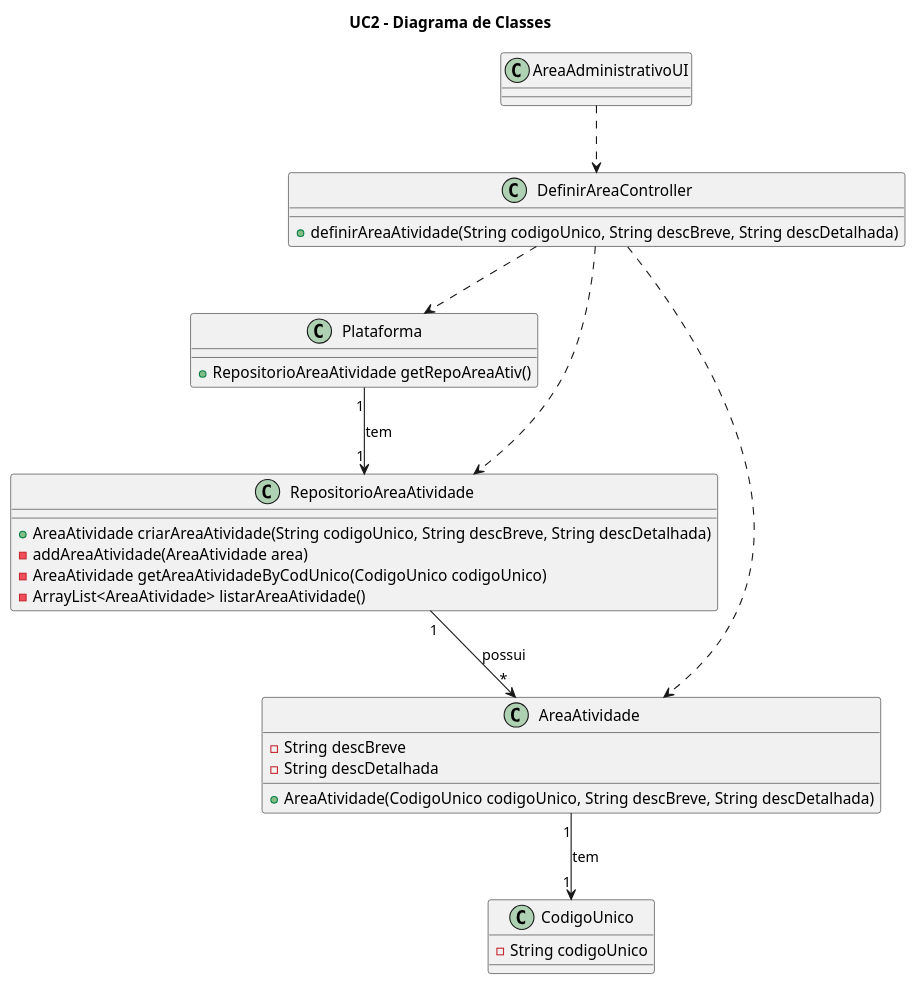
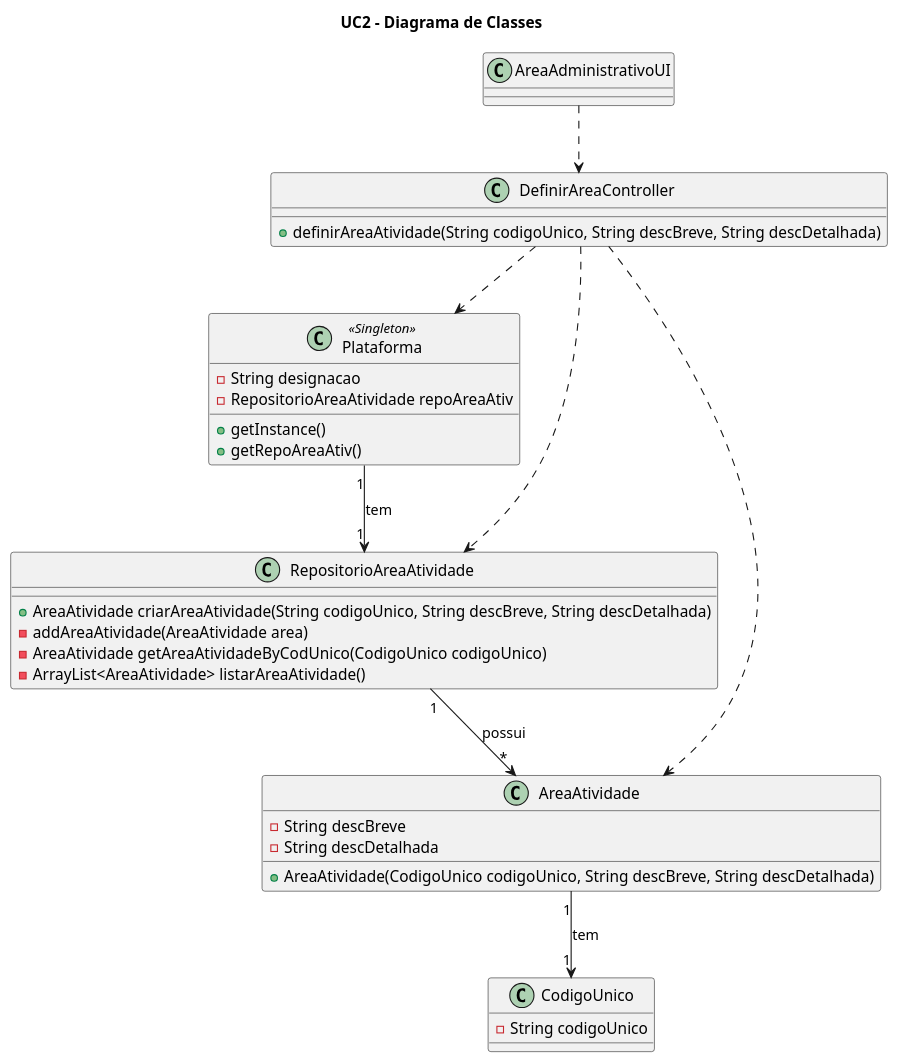
Before and after one commit to pedro-miguez/upskill_java1_labprg_grupo3: the diagram in Sprint 2/UC2_Definir_Área_de_Actividade/UC2_Versao_Final/UC2_DC.plantuml, drawn with PlantUML. The commit also changed 14 other files, not shown here.

```diff
--- a/Sprint 2/UC2_Definir_Área_de_Actividade/UC2_Versao_Final/UC2_DC.plantuml
+++ b/Sprint 2/UC2_Definir_Área_de_Actividade/UC2_Versao_Final/UC2_DC.plantuml
@@ -1,41 +1,44 @@
 @startuml_mc_uc2
 
 title UC2 - Diagrama de Classes
 
 class AreaAdministrativoUI{
 
 }
 
 class DefinirAreaController{
     +definirAreaAtividade(String codigoUnico, String descBreve, String descDetalhada)
 }
 
-class Plataforma{
-    +RepositorioAreaAtividade getRepoAreaAtiv()
+Class Plataforma <<Singleton>> {
+    -String designacao
+    -RepositorioAreaAtividade repoAreaAtiv
+    +getInstance()
+    +getRepoAreaAtiv()
 }
 
 class RepositorioAreaAtividade{
     +AreaAtividade criarAreaAtividade(String codigoUnico, String descBreve, String descDetalhada)
     -addAreaAtividade(AreaAtividade area)
     -AreaAtividade getAreaAtividadeByCodUnico(CodigoUnico codigoUnico)
     -ArrayList<AreaAtividade> listarAreaAtividade()
 }
 
 class AreaAtividade{
     -String descBreve
     -String descDetalhada
     +AreaAtividade(CodigoUnico codigoUnico, String descBreve, String descDetalhada)
 }
 
 class CodigoUnico{
     -String codigoUnico
 }
 
 AreaAdministrativoUI ..> DefinirAreaController
 DefinirAreaController ..> AreaAtividade
 DefinirAreaController ..> Plataforma
 DefinirAreaController ..> RepositorioAreaAtividade
 Plataforma "1" --> "1" RepositorioAreaAtividade: tem
 RepositorioAreaAtividade "1" --> "*" AreaAtividade: possui
 AreaAtividade "1" --> "1" CodigoUnico : tem
 @enduml_mc_uc2
```
